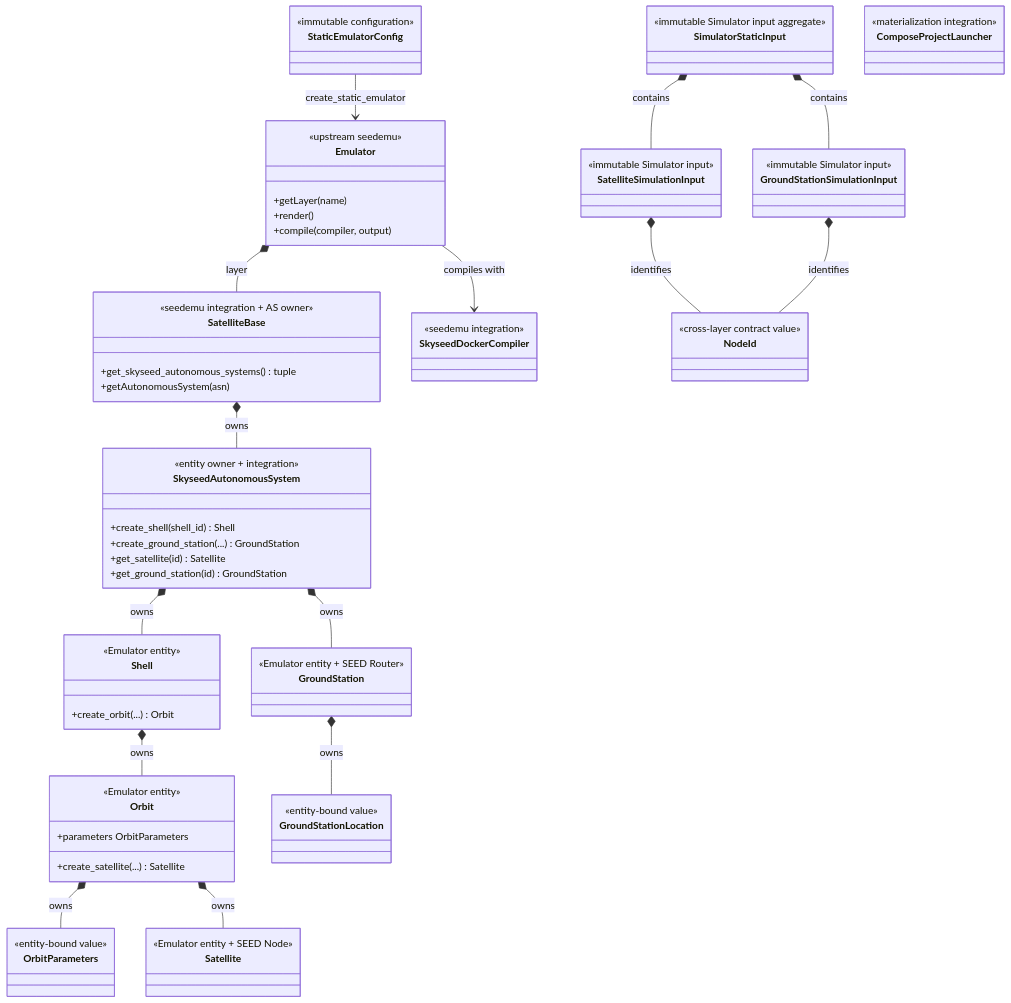
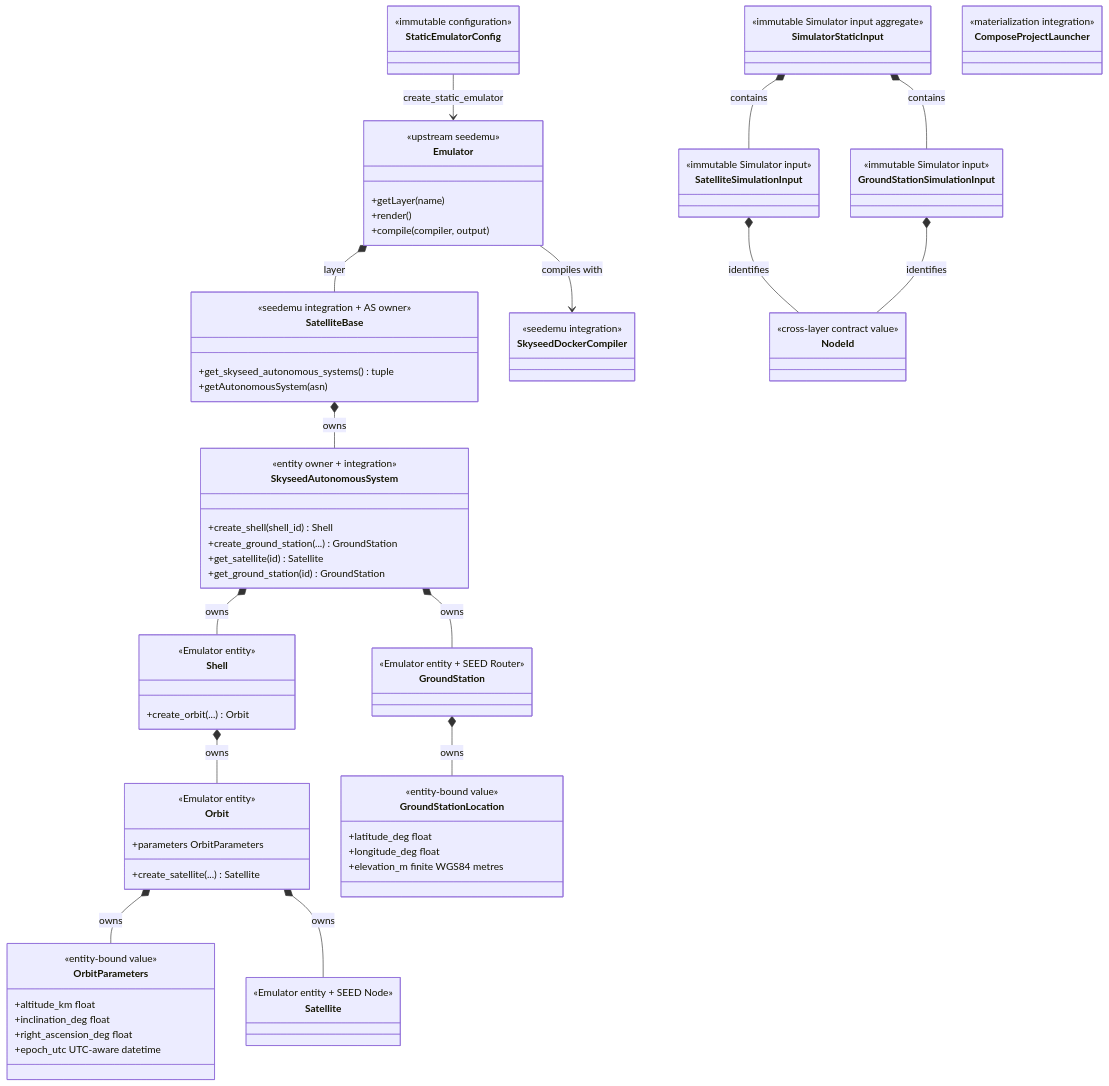
Before and after one commit to seed-labs/skyseed: the third of 4 diagrams in skyseed_v2/docs/architecture/emulator-public-construction-api.md, drawn with Mermaid. The commit also changed other lines of this file and 72 other files, not shown here.

```diff
--- a/skyseed_v2/docs/architecture/emulator-public-construction-api.md
+++ b/skyseed_v2/docs/architecture/emulator-public-construction-api.md
@@ -250,12 +255,19 @@
     }
     class OrbitParameters {
         <<entity-bound value>>
+        +altitude_km float
+        +inclination_deg float
+        +right_ascension_deg float
+        +epoch_utc UTC-aware datetime
     }
     class Satellite {
         <<Emulator entity + SEED Node>>
     }
     class GroundStationLocation {
         <<entity-bound value>>
+        +latitude_deg float
+        +longitude_deg float
+        +elevation_m finite WGS84 metres
     }
     class GroundStation {
         <<Emulator entity + SEED Router>>
```
